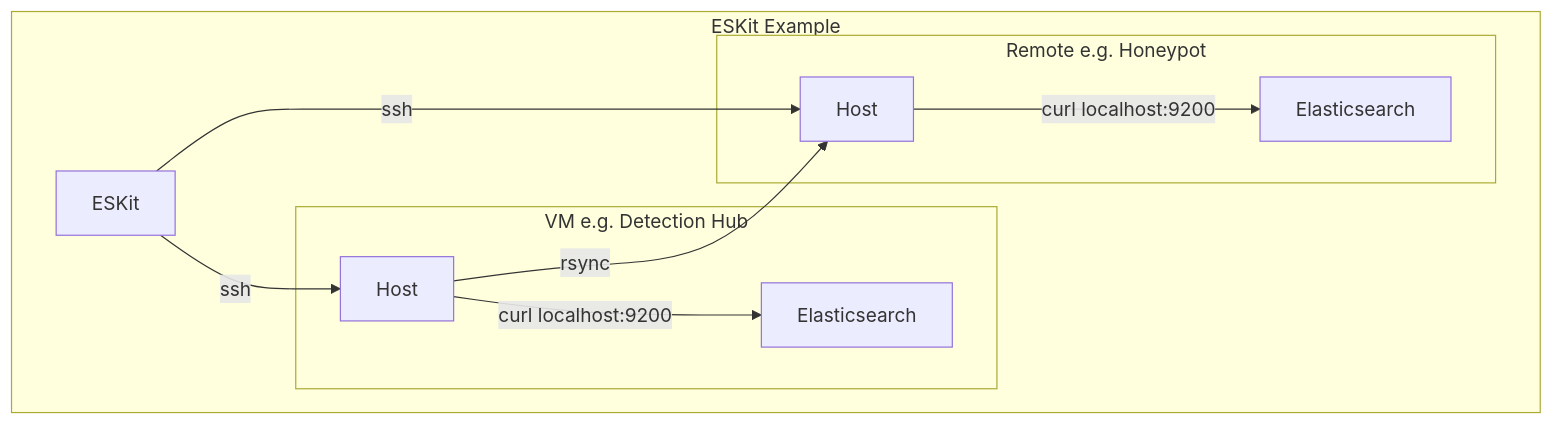
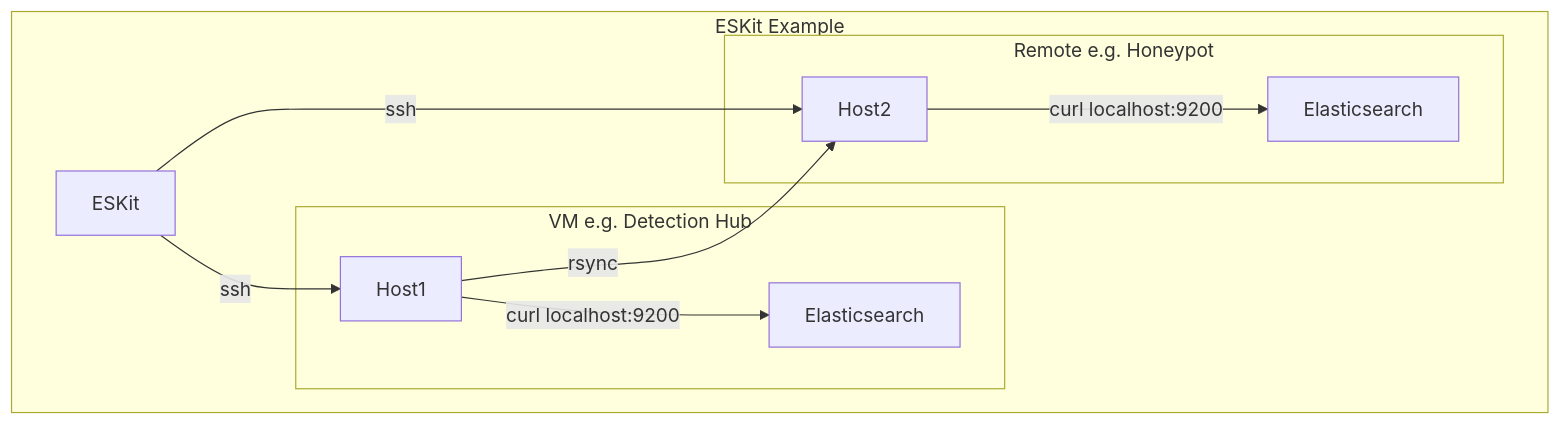
One commit to damixen/eskit changed the diagram in README.md. Above: the diagram before and after it, drawn with Mermaid. The commit also changed other lines of this file, not shown here.

````diff
--- a/README.md
+++ b/README.md
@@ -91,24 +93,24 @@
 ```mermaid
 flowchart
     subgraph canvas["ESKit Example"]
         eskit["ESKit"]
         subgraph vm[VM e.g. Detection Hub]
-            host_vm["Host"]
+            host_vm["Host1"]
             elasticsearch_vm["Elasticsearch"]
         end
         subgraph remotehost[Remote e.g. Honeypot]
-            host_remote["Host"]
+            host_remote["Host2"]
             elasticsearch_remote["Elasticsearch"]
         end
     end
 
     eskit -->|ssh|host_vm 
     host_vm -->|curl localhost:9200| elasticsearch_vm
 
     eskit -->|ssh|host_remote
     host_remote -->|curl localhost:9200| elasticsearch_remote
 
     host_vm-->|rsync|host_remote
 
     
 ```
````
